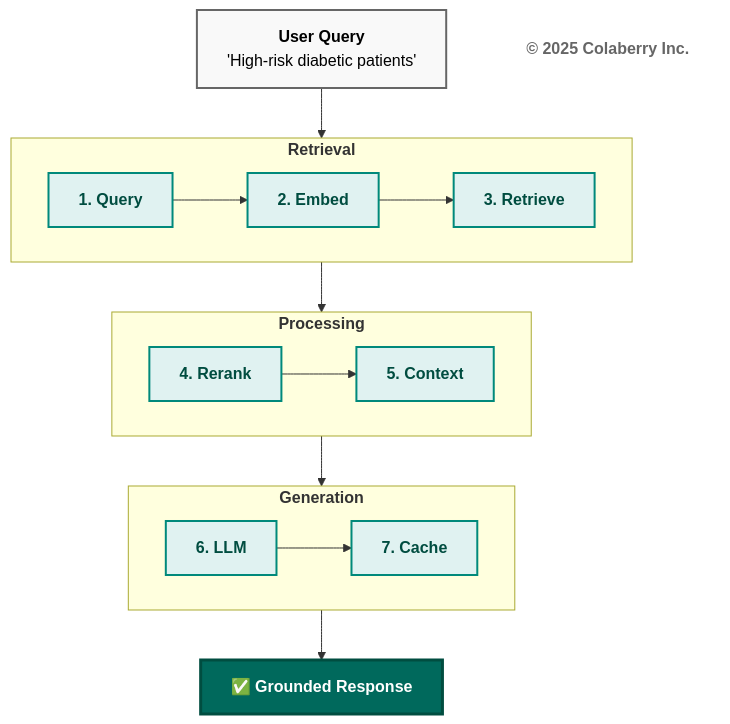
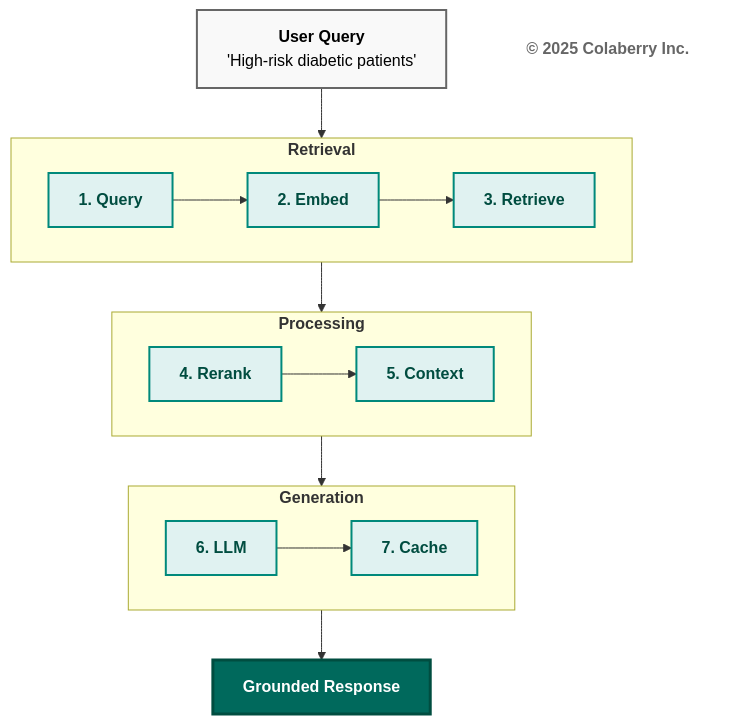
Before and after one commit to colaberry/trust-before-intelligence-book: the seventh of 13 diagrams in manuscript/06_chapter_5_intelligence_layers_v2_3.md, drawn with Mermaid. The commit also changed other lines of this file, not shown here.

First line of the commit message:
Fixing diagrams

````diff
--- a/manuscript/06_chapter_5_intelligence_layers_v2_3.md
+++ b/manuscript/06_chapter_5_intelligence_layers_v2_3.md
@@ -583,39 +583,39 @@
 ```mermaid
 graph TB
     Q["<b>User Query</b><br/>'High-risk diabetic patients'"]
     
     subgraph ROW1["<b>Retrieval</b>"]
         direction LR
         S1["<b>1. Query</b>"] --> S2["<b>2. Embed</b>"] --> S3["<b>3. Retrieve</b>"]
     end
     
     subgraph ROW2["<b>Processing</b>"]
         direction LR
         S4["<b>4. Rerank</b>"] --> S5["<b>5. Context</b>"]
     end
     
     subgraph ROW3["<b>Generation</b>"]
         direction LR
         S6["<b>6. LLM</b>"] --> S7["<b>7. Cache</b>"]
     end
     
-    RESULT["<b>✅ Grounded Response</b>"]
+    RESULT["<b>Grounded Response</b>"]
     
     Q --> ROW1
     ROW1 --> ROW2
     ROW2 --> ROW3
     ROW3 --> RESULT
     
     Copyright["<b>© 2025 Colaberry Inc.</b>"]
     
     style Q fill:#f9f9f9,stroke:#666666,stroke-width:2px,color:#000000
     style S1 fill:#e0f2f1,stroke:#00897b,stroke-width:2px,color:#004d40
     style S2 fill:#e0f2f1,stroke:#00897b,stroke-width:2px,color:#004d40
     style S3 fill:#e0f2f1,stroke:#00897b,stroke-width:2px,color:#004d40
     style S4 fill:#e0f2f1,stroke:#00897b,stroke-width:2px,color:#004d40
     style S5 fill:#e0f2f1,stroke:#00897b,stroke-width:2px,color:#004d40
     style S6 fill:#e0f2f1,stroke:#00897b,stroke-width:2px,color:#004d40
     style S7 fill:#e0f2f1,stroke:#00897b,stroke-width:2px,color:#004d40
     style RESULT fill:#00695c,color:#ffffff,stroke:#004d40,stroke-width:3px
     style Copyright fill:#ffffff,stroke:none,color:#666666
 ```
````
